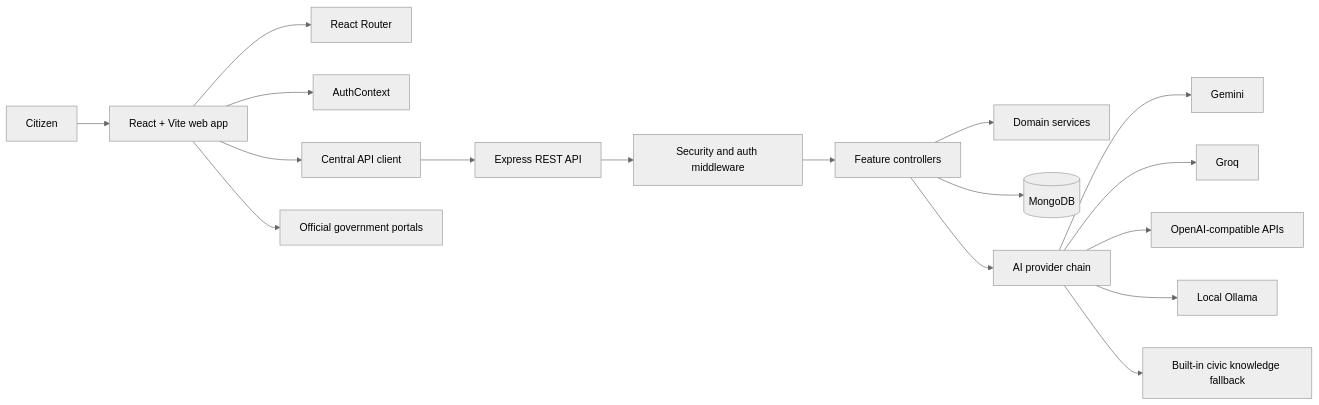
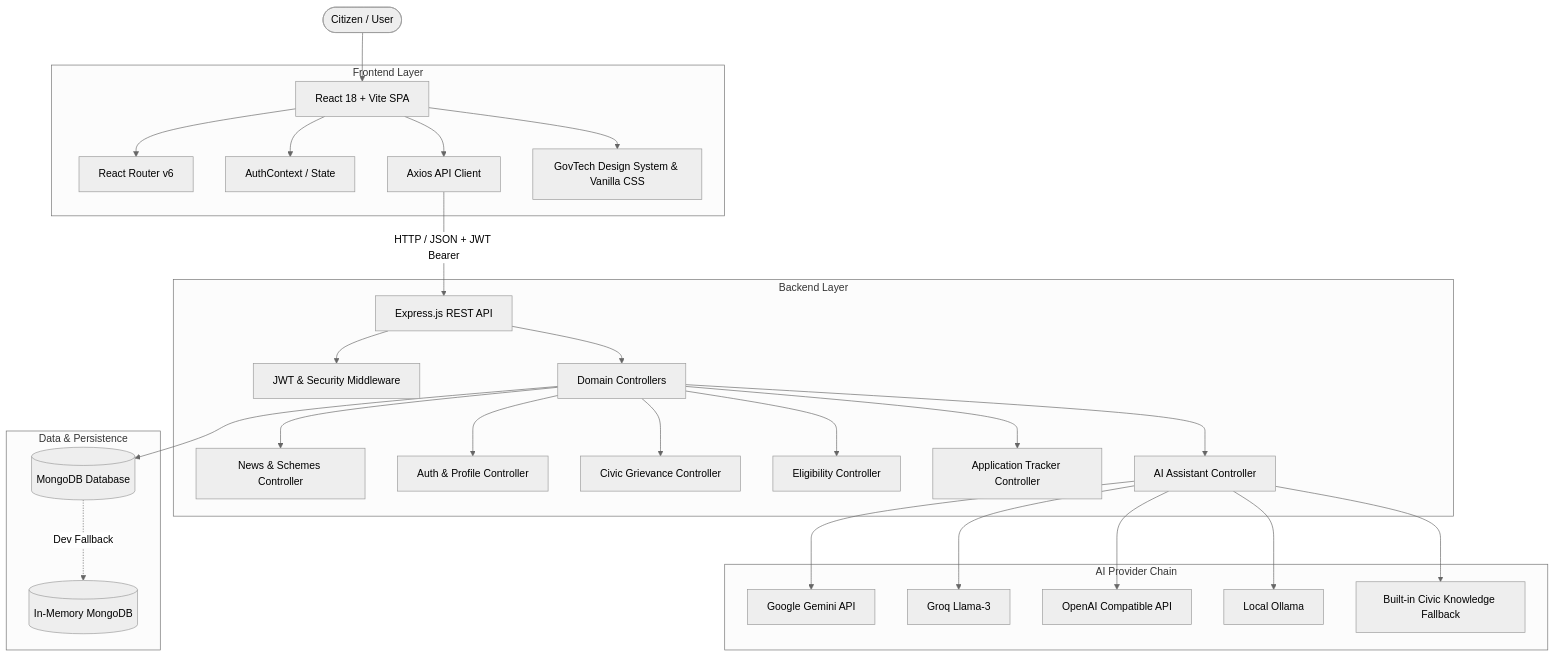
Before and after one commit to irksome06/SevaAi: the diagram in README.md, drawn with Mermaid (neutral theme). The commit also changed other lines of this file, not shown here.

Commit message:
docs: update comprehensive README with current architecture, modules, and setup guides

````diff
--- a/README.md
+++ b/README.md
@@ -33,19 +72,37 @@
 ```mermaid
-flowchart LR
-    Citizen[Citizen] --> Browser[React + Vite web app]
-    Browser --> Router[React Router]
-    Browser --> AuthState[AuthContext]
-    Browser --> API[Central API client]
-    API --> Express[Express REST API]
-    Express --> Middleware[Security and auth middleware]
-    Middleware --> Controllers[Feature controllers]
-    Controllers --> Services[Domain services]
-    Controllers --> Mongo[(MongoDB)]
-    Controllers --> AI[AI provider chain]
-    AI --> Gemini[Gemini]
-    AI --> Groq[Groq]
-    AI --> OpenAI[OpenAI-compatible APIs]
-    AI --> Ollama[Local Ollama]
-    AI --> Fallback[Built-in civic knowledge fallback]
-    Browser --> External[Official government portals]
+flowchart TD
+    User([Citizen / User]) --> Frontend[React 18 + Vite SPA]
+    
+    subgraph Frontend Layer
+        Frontend --> Router[React Router v6]
+        Frontend --> AuthCtx[AuthContext / State]
+        Frontend --> APIClient[Axios API Client]
+        Frontend --> UILayer[GovTech Design System & Vanilla CSS]
+    end
+
+    APIClient -->|HTTP / JSON + JWT Bearer| Backend[Express.js REST API]
+
+    subgraph Backend Layer
+        Backend --> AuthMW[JWT & Security Middleware]
+        Backend --> Controllers[Domain Controllers]
+        Controllers --> NewsCtrl[News & Schemes Controller]
+        Controllers --> AuthCtrl[Auth & Profile Controller]
+        Controllers --> CivicCtrl[Civic Grievance Controller]
+        Controllers --> SchemeCtrl[Eligibility Controller]
+        Controllers --> TrackCtrl[Application Tracker Controller]
+        Controllers --> AICtrl[AI Assistant Controller]
+    end
+
+    subgraph Data & Persistence
+        Controllers --> MongoDB[(MongoDB Database)]
+        MongoDB -.->|Dev Fallback| MongoMem[(In-Memory MongoDB)]
+    end
+
+    subgraph AI Provider Chain
+        AICtrl --> Gemini[Google Gemini API]
+        AICtrl --> Groq[Groq Llama-3]
+        AICtrl --> OpenAI[OpenAI Compatible API]
+        AICtrl --> Ollama[Local Ollama]
+        AICtrl --> FallbackEngine[Built-in Civic Knowledge Fallback]
+    end
 ```
````
